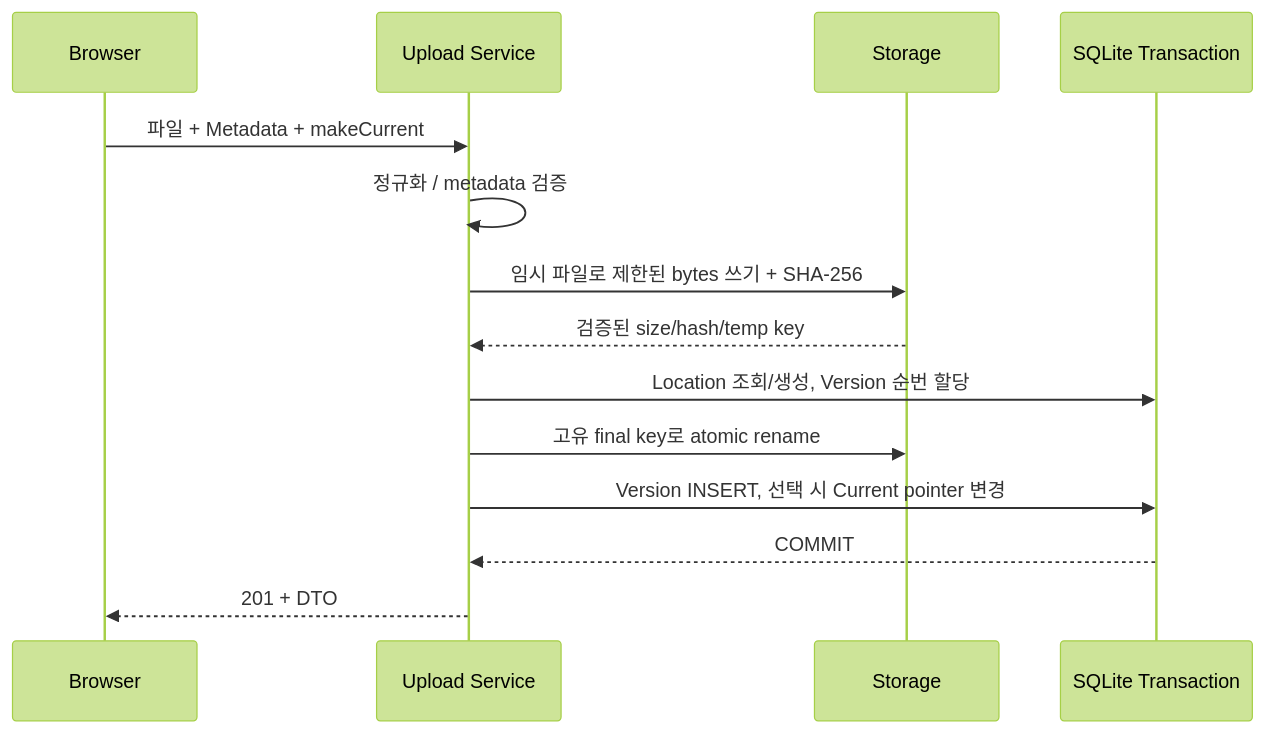
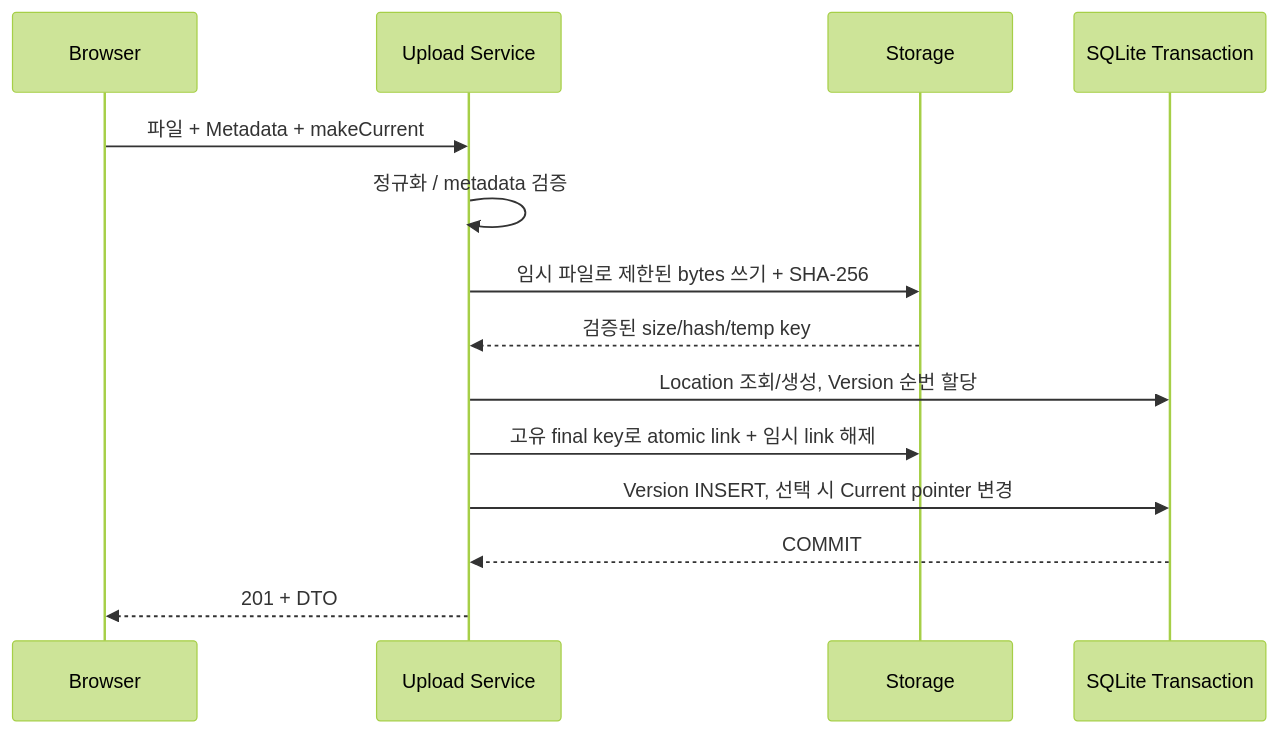
The second of 3 diagrams in out/Architecture.md (planner77/layoutManager), drawn with Mermaid (forest theme) before and after one commit. The commit also changed other lines of this file and 18 other files, not shown here.

````diff
--- a/out/Architecture.md
+++ b/out/Architecture.md
@@ -89,16 +89,16 @@
 ```mermaid
 sequenceDiagram
     participant B as Browser
     participant A as Upload Service
     participant F as Storage
     participant D as SQLite Transaction
     B->>A: 파일 + Metadata + makeCurrent
     A->>A: 정규화 / metadata 검증
     A->>F: 임시 파일로 제한된 bytes 쓰기 + SHA-256
     F-->>A: 검증된 size/hash/temp key
     A->>D: Location 조회/생성, Version 순번 할당
-    A->>F: 고유 final key로 atomic rename
+    A->>F: 고유 final key로 atomic link + 임시 link 해제
     A->>D: Version INSERT, 선택 시 Current pointer 변경
     D-->>A: COMMIT
     A-->>B: 201 + DTO
 ```
````
